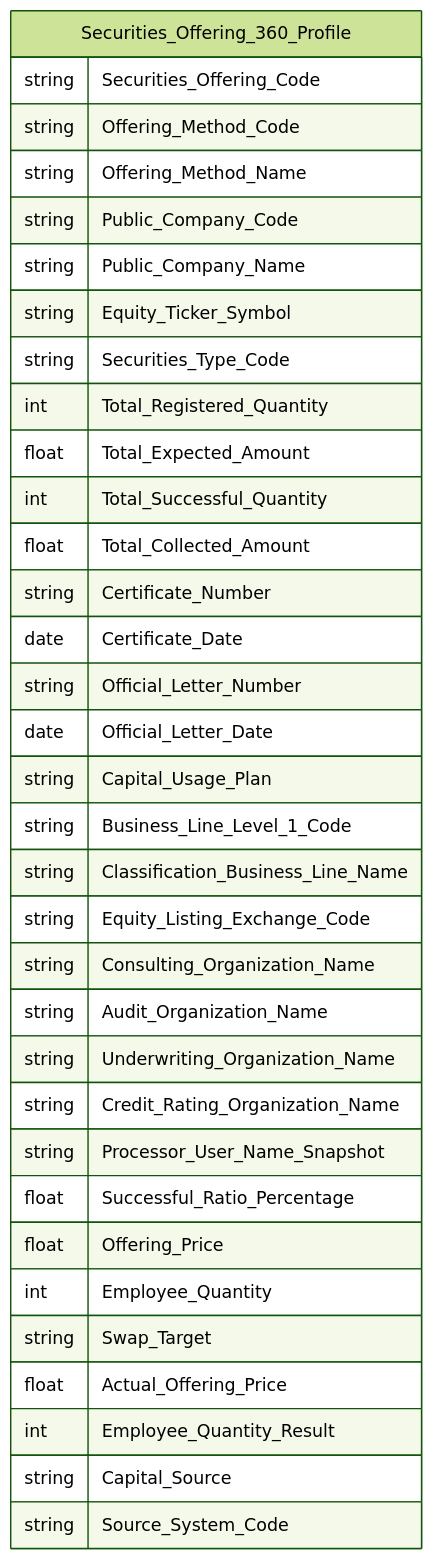
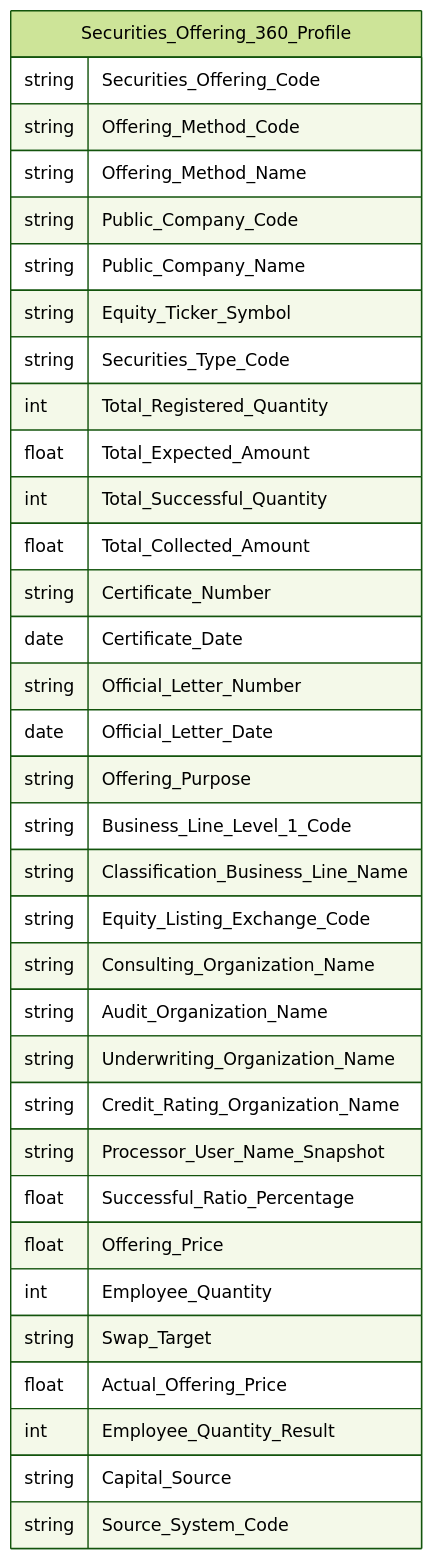
One commit to linhlvit/ubck_atomic_design changed diagram 12 of 22 in Datamart/hld/DTM_QLCB_HLD.md. Above: the diagram before and after it, drawn with Mermaid (forest theme). The commit also changed other lines of this file and 42 other files, not shown here.

````diff
--- a/Datamart/hld/DTM_QLCB_HLD.md
+++ b/Datamart/hld/DTM_QLCB_HLD.md
@@ -616,37 +616,37 @@
 ```mermaid
 erDiagram
     Securities_Offering_360_Profile {
         string Securities_Offering_Code
         string Offering_Method_Code
         string Offering_Method_Name
         string Public_Company_Code
         string Public_Company_Name
         string Equity_Ticker_Symbol
         string Securities_Type_Code
         int Total_Registered_Quantity
         float Total_Expected_Amount
         int Total_Successful_Quantity
         float Total_Collected_Amount
         string Certificate_Number
         date Certificate_Date
         string Official_Letter_Number
         date Official_Letter_Date
-        string Capital_Usage_Plan
+        string Offering_Purpose
         string Business_Line_Level_1_Code
         string Classification_Business_Line_Name
         string Equity_Listing_Exchange_Code
         string Consulting_Organization_Name
         string Audit_Organization_Name
         string Underwriting_Organization_Name
         string Credit_Rating_Organization_Name
         string Processor_User_Name_Snapshot
         float Successful_Ratio_Percentage
         float Offering_Price
         int Employee_Quantity
         string Swap_Target
         float Actual_Offering_Price
         int Employee_Quantity_Result
         string Capital_Source
         string Source_System_Code
     }
 ```
````
